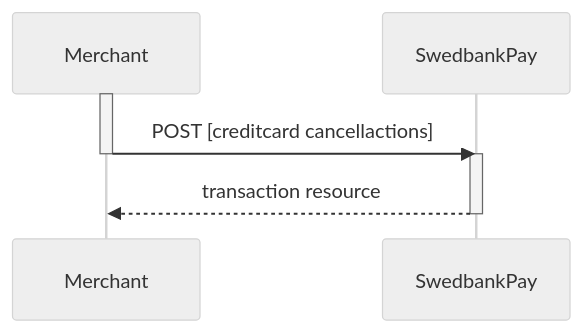
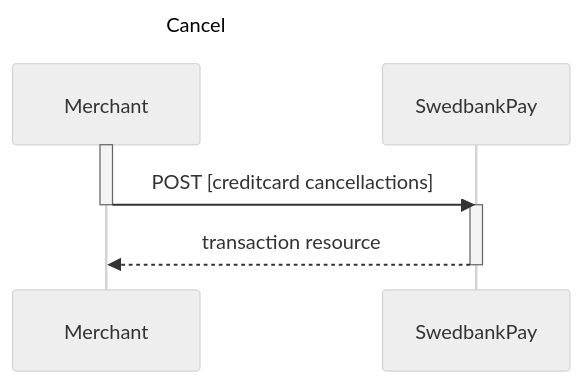
Before and after one commit to SwedbankPay/developer.swedbankpay.com: the first of 2 diagrams in old-implementations/payment-instruments-v1/card/after-payment.md, drawn with Mermaid (neutral theme). The commit also changed other lines of this file and 66 other files, not shown here.

Commit message:
Added titles in sequence diagrams

````diff
--- a/old-implementations/payment-instruments-v1/card/after-payment.md
+++ b/old-implementations/payment-instruments-v1/card/after-payment.md
@@ -278,7 +278,8 @@
 ```mermaid
 sequenceDiagram
+title: Cancel
   activate Merchant
   Merchant->>-SwedbankPay: POST [creditcard cancellactions]
   activate SwedbankPay
   SwedbankPay-->>-Merchant: transaction resource
 ```
````
